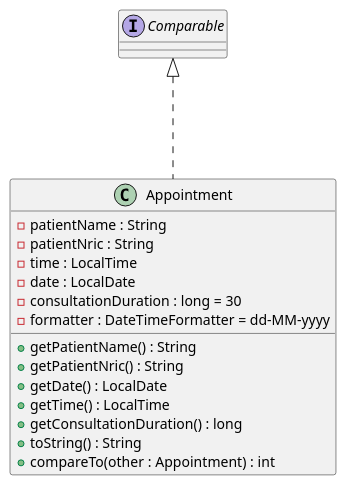
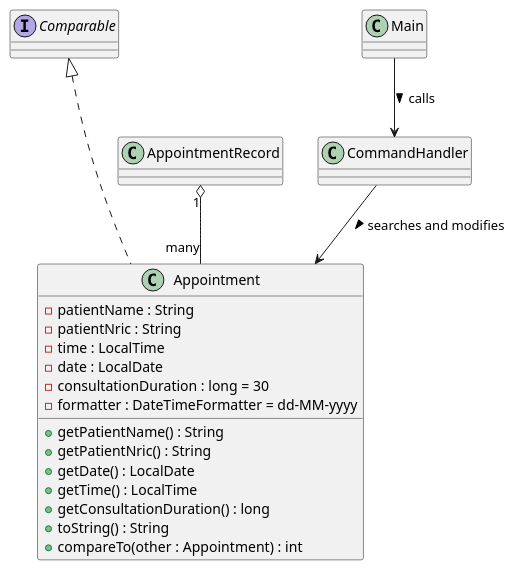
The diagram in docs/Appointment.puml (yentheng0110/tp), drawn with PlantUML before and after one commit. The commit also changed 7 other files, not shown here.

Commit message:
Class diagram association arrows

```diff
--- a/docs/Appointment.puml
+++ b/docs/Appointment.puml
@@ -1,23 +1,34 @@
 @startuml Appointment
 'https://plantuml.com/class-diagram
 
 interface Comparable
 
 Comparable <|... Appointment
 
 class "Appointment" as Appointment {
 - patientName : String
 - patientNric : String
 - time : LocalTime
 - date : LocalDate
 - consultationDuration : long = 30
 - formatter : DateTimeFormatter = dd-MM-yyyy
 + getPatientName() : String
 + getPatientNric() : String
 + getDate() : LocalDate
 + getTime() : LocalTime
 + getConsultationDuration() : long
 + toString() : String
 + compareTo(other : Appointment) : int
 }
+
+class AppointmentRecord {}
+class Main {}
+class CommandHandler {}
+class AppointmentRecord {}
+
+
+CommandHandler --> Appointment : searches and modifies >
+AppointmentRecord "1" o-- "many" Appointment
+Main --> CommandHandler : calls >
+
 @enduml
```
